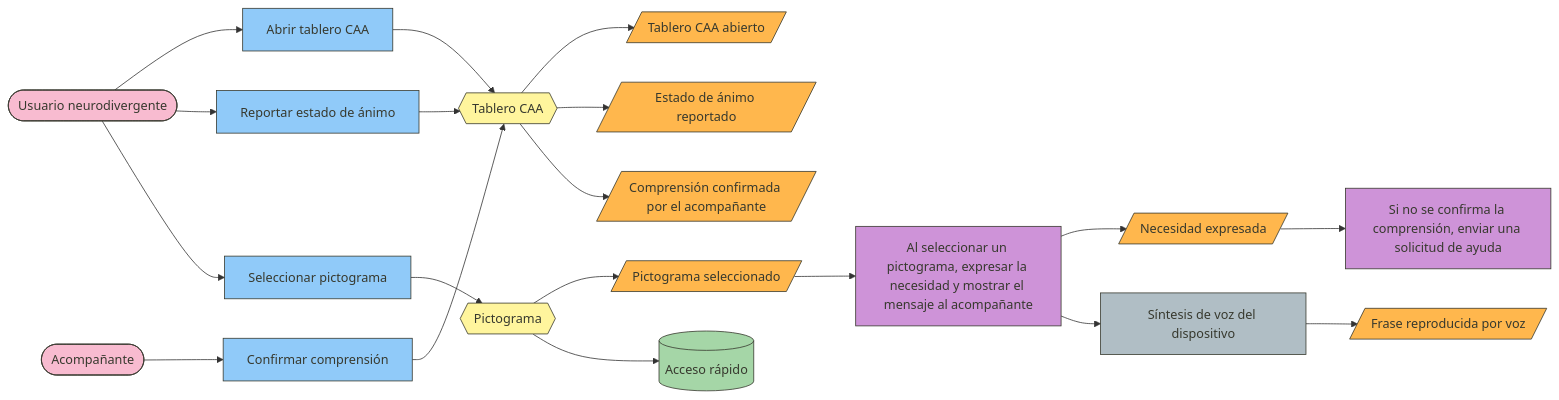
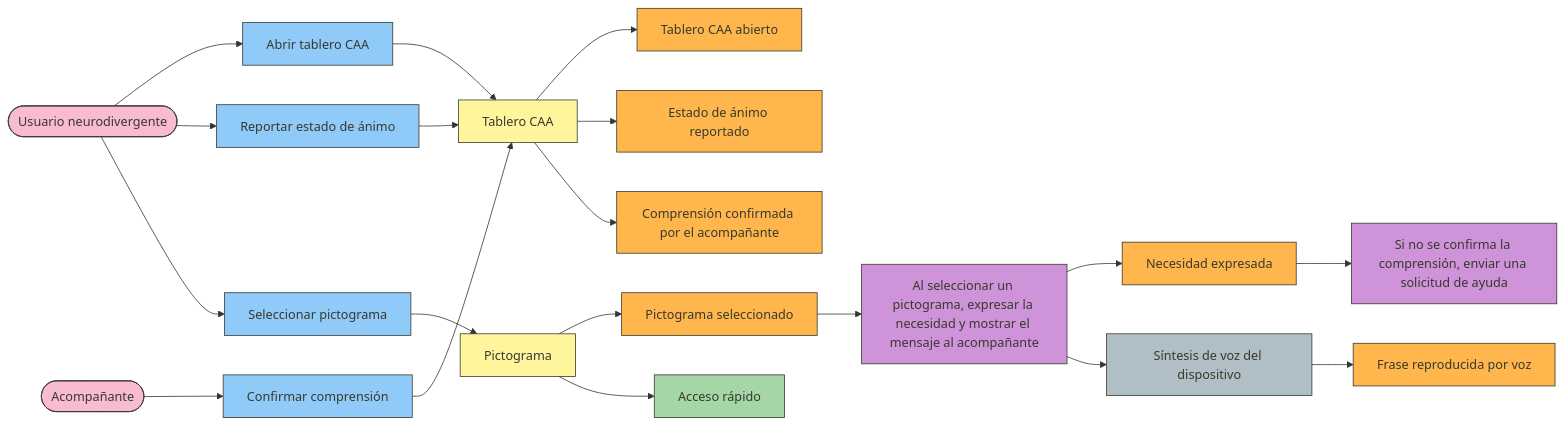
One commit to ASI0729-2620-7793-Open-Source/Macally changed the fourth of 10 diagrams in Chapter-4.md. Above: the diagram before and after it, drawn with Mermaid. The commit also changed other lines of this file, not shown here.

Commit message:
fix(chapter4): replace shapes that clipped diagram labels

````diff
--- a/Chapter-4.md
+++ b/Chapter-4.md
@@ -1102,39 +1102,39 @@
 ```mermaid
 flowchart LR
     classDef actor fill:#F8BBD0,stroke:#37392E,color:#37392E
     classDef cmd fill:#90CAF9,stroke:#37392E,color:#37392E
     classDef agg fill:#FFF59D,stroke:#37392E,color:#37392E
     classDef evt fill:#FFB74D,stroke:#37392E,color:#37392E
     classDef pol fill:#CE93D8,stroke:#37392E,color:#37392E
     classDef qry fill:#A5D6A7,stroke:#37392E,color:#37392E
     classDef ext fill:#B0BEC5,stroke:#37392E,color:#37392E
 
     A1(["Usuario neurodivergente"]):::actor
     A2(["Acompañante"]):::actor
     C1["Abrir tablero CAA"]:::cmd
     C2["Reportar estado de ánimo"]:::cmd
     C3["Seleccionar pictograma"]:::cmd
     C4["Confirmar comprensión"]:::cmd
-    AG1{{"Tablero CAA"}}:::agg
-    AG2{{"Pictograma"}}:::agg
-    E1[/"Tablero CAA abierto"/]:::evt
-    E2[/"Estado de ánimo reportado"/]:::evt
-    E3[/"Pictograma seleccionado"/]:::evt
-    E4[/"Necesidad expresada"/]:::evt
-    E5[/"Frase reproducida por voz"/]:::evt
-    E6[/"Comprensión confirmada por el acompañante"/]:::evt
+    AG1["Tablero CAA"]:::agg
+    AG2["Pictograma"]:::agg
+    E1["Tablero CAA abierto"]:::evt
+    E2["Estado de ánimo reportado"]:::evt
+    E3["Pictograma seleccionado"]:::evt
+    E4["Necesidad expresada"]:::evt
+    E5["Frase reproducida por voz"]:::evt
+    E6["Comprensión confirmada por el acompañante"]:::evt
     P1["Al seleccionar un pictograma, expresar la necesidad y mostrar el mensaje al acompañante"]:::pol
     P2["Si no se confirma la comprensión, enviar una solicitud de ayuda"]:::pol
-    Q1[("Acceso rápido")]:::qry
+    Q1["Acceso rápido"]:::qry
     X1["Síntesis de voz del dispositivo"]:::ext
 
     A1 --> C1 --> AG1 --> E1
     A1 --> C2 --> AG1
     AG1 --> E2
     A1 --> C3 --> AG2 --> E3 --> P1 --> E4
     P1 --> X1 --> E5
     A2 --> C4 --> AG1
     AG1 --> E6
     E4 --> P2
     AG2 --> Q1
 ```
````
